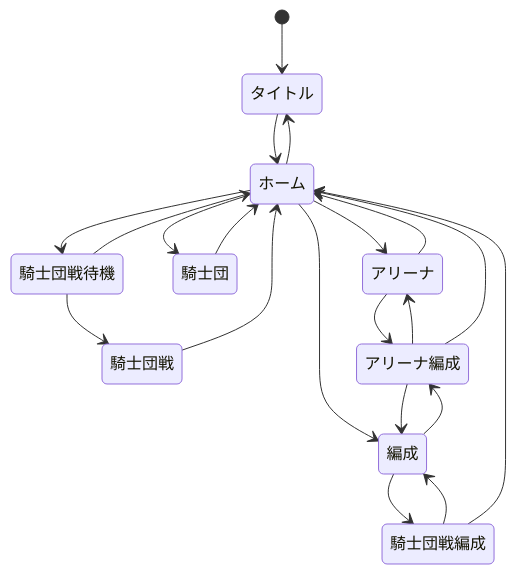
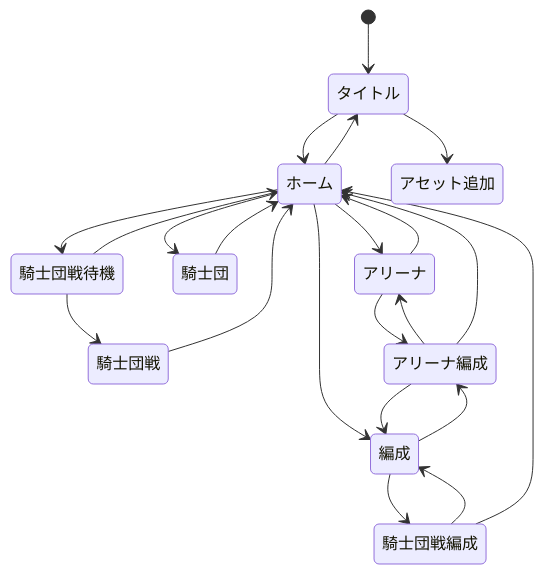
Before and after one commit to ReHydrangeaOdyssey/Specifications: the diagram in design/client/scene_transition.md, drawn with Mermaid. The commit also changed other lines of this file and 16 other files, not shown here.

````diff
--- a/design/client/scene_transition.md
+++ b/design/client/scene_transition.md
@@ -5,27 +5,28 @@
 ```mermaid
 stateDiagram-v2
     [*] --> タイトル
     タイトル --> ホーム
+    タイトル --> アセット追加
     ホーム --> タイトル
     ホーム --> 騎士団戦待機
     ホーム --> 騎士団
     ホーム --> アリーナ
     ホーム --> 編成
 
     アリーナ --> ホーム
     騎士団 --> ホーム
     騎士団戦 --> ホーム
 
     騎士団戦待機  --> 騎士団戦
     騎士団戦待機 --> ホーム
 
     編成 --> 騎士団戦編成
     騎士団戦編成 --> 編成
     騎士団戦編成 --> ホーム
 
     編成 --> アリーナ編成
     アリーナ編成 --> 編成
     アリーナ編成 --> アリーナ
     アリーナ編成 --> ホーム
     アリーナ --> アリーナ編成
 ```
````
